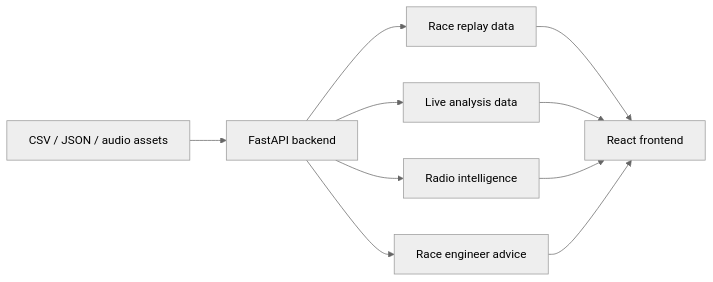
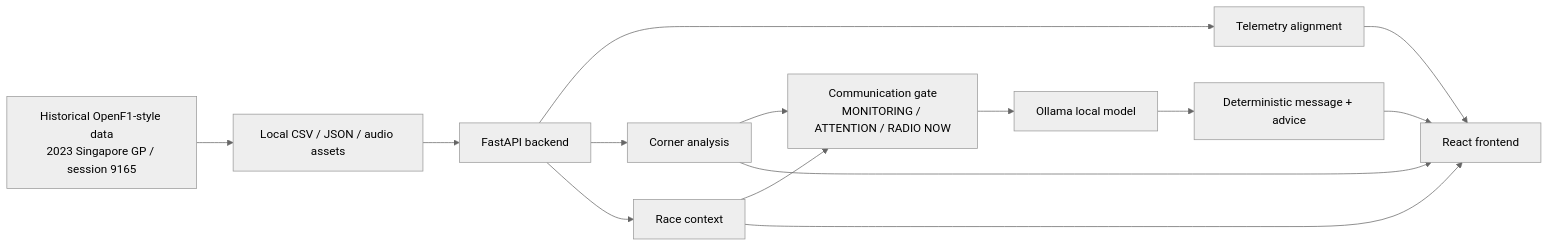
The diagram in README.md (daksh777f/grandPrix), drawn with Mermaid (neutral theme) before and after one commit. The commit also changed other lines of this file, not shown here.

````diff
--- a/README.md
+++ b/README.md
@@ -32,12 +85,16 @@
 ```mermaid
 flowchart LR
-  A[CSV / JSON / audio assets] --> B[FastAPI backend]
-  B --> C[Race replay data]
-  B --> D[Live analysis data]
-  B --> E[Radio intelligence]
-  B --> F[Race engineer advice]
-  C --> G[React frontend]
-  D --> G
-  E --> G
+  A[Historical OpenF1-style data\n2023 Singapore GP / session 9165] --> B[Local CSV / JSON / audio assets]
+  B --> C[FastAPI backend]
+  C --> D[Telemetry alignment]
+  C --> E[Corner analysis]
+  C --> F[Race context]
+  E --> G[Communication gate\nMONITORING / ATTENTION / RADIO NOW]
   F --> G
+  G --> H[Ollama local model]
+  H --> I[Deterministic message + advice]
+  I --> J[React frontend]
+  D --> J
+  E --> J
+  F --> J
 ```
````
